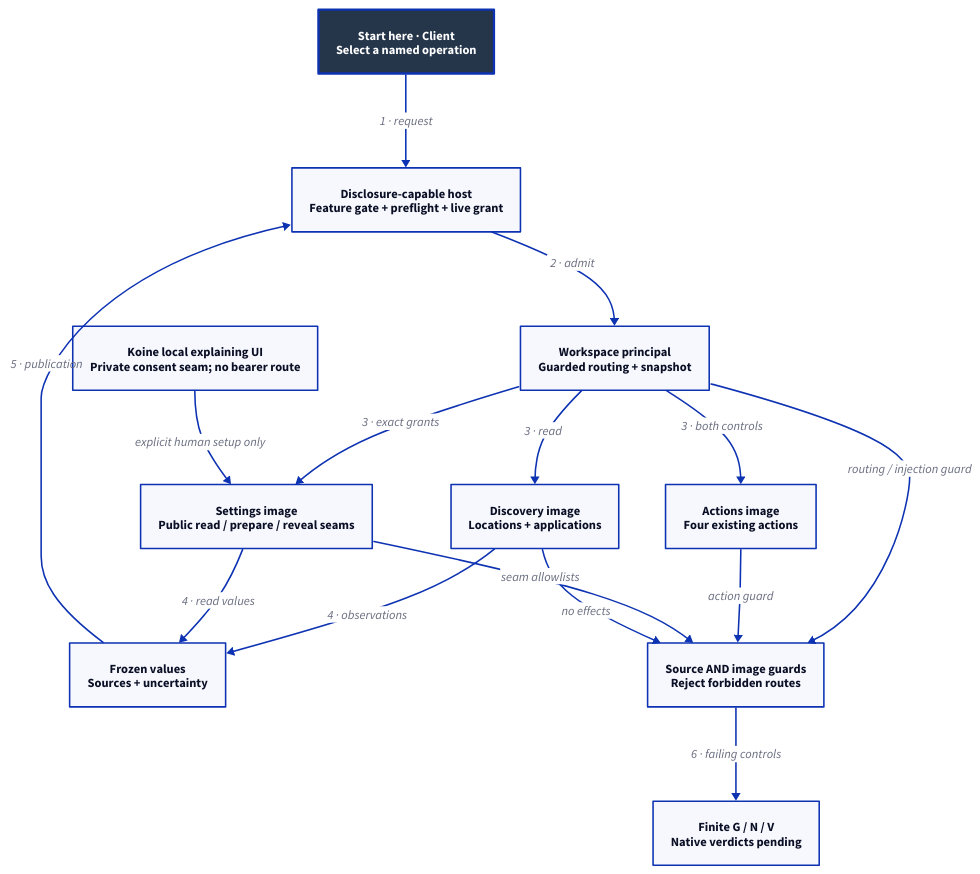
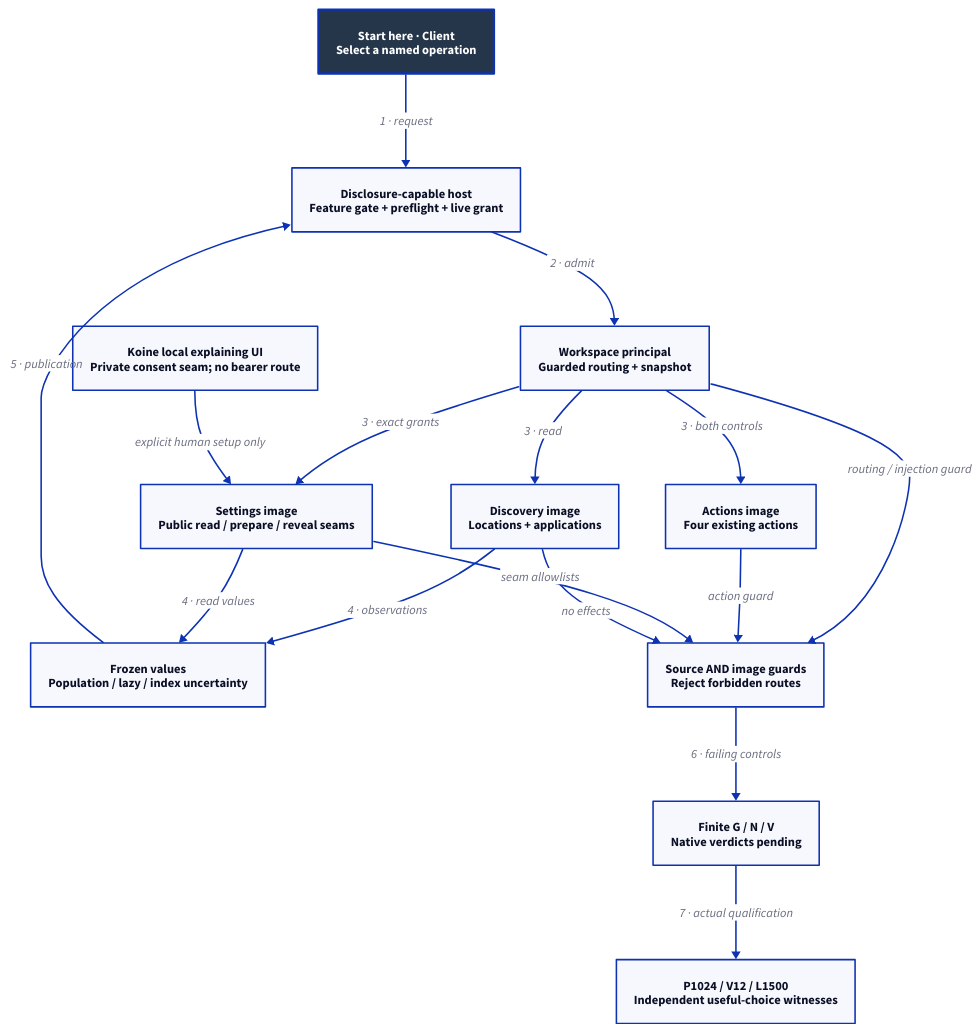
The diagram in docs/design/architecture/native-discovery-contract.d2 (Linkuistics/Koine), drawn with D2 before and after one commit. The commit also changed 101 other files, not shown here.

```diff
--- a/docs/design/architecture/native-discovery-contract.d2
+++ b/docs/design/architecture/native-discovery-contract.d2
@@ -1,29 +1,31 @@
 # Native-image components in one resident process; details in caption/spec.
 direction: down
 classes: {
   start: {style: {fill: "#25364B"; font-color: "#FFFFFF"; bold: true; stroke-width: 3}}
 }
 Start: "Start here · Client\nSelect a named operation" {class: start}
 Host: "Disclosure-capable host\nFeature gate + preflight + live grant"
 Principal: "Workspace principal\nGuarded routing + snapshot"
 Reads: "Discovery image\nLocations + applications"
 Actions: "Actions image\nFour existing actions"
 Settings: "Settings image\nPublic read / prepare / reveal seams"
 UI: "Koine local explaining UI\nPrivate consent seam; no bearer route"
-Frozen: "Frozen values\nSources + uncertainty"
+Frozen: "Frozen values\nPopulation / lazy / index uncertainty"
 Guard: "Source AND image guards\nReject forbidden routes"
 Acceptance: "Finite G / N / V\nNative verdicts pending"
+Useful: "P1024 / V12 / L1500\nIndependent useful-choice witnesses"
 Start -> Host: "1 · request"
 Host -> Principal: "2 · admit"
 Principal -> Reads: "3 · read"
 Principal -> Actions: "3 · both controls"
 Principal -> Settings: "3 · exact grants"
 UI -> Settings: "explicit human setup only"
 Principal -> Guard: "routing / injection guard"
 Reads -> Frozen: "4 · observations"
 Settings -> Frozen: "4 · read values"
 Frozen -> Host: "5 · publication"
 Actions -> Guard: "action guard"
 Settings -> Guard: "seam allowlists"
 Reads -> Guard: "no effects"
 Guard -> Acceptance: "6 · failing controls"
+Acceptance -> Useful: "7 · actual qualification"
```
